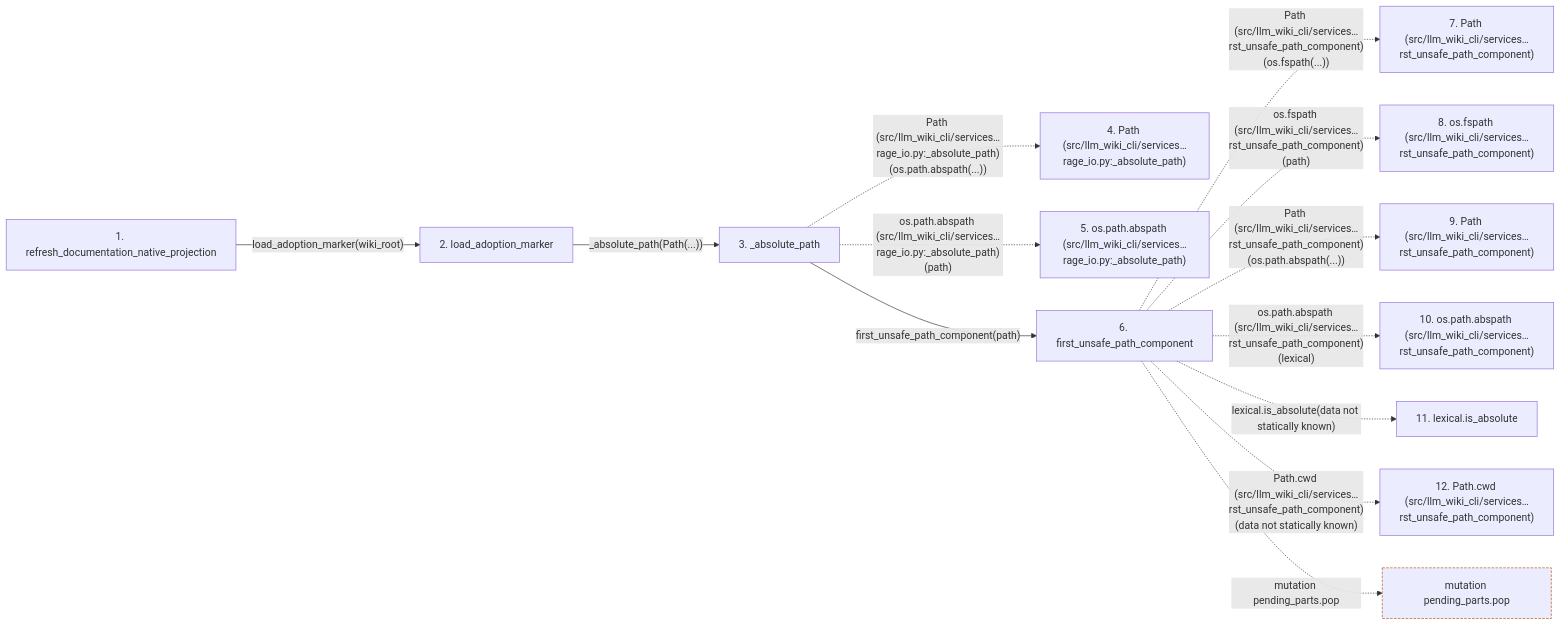
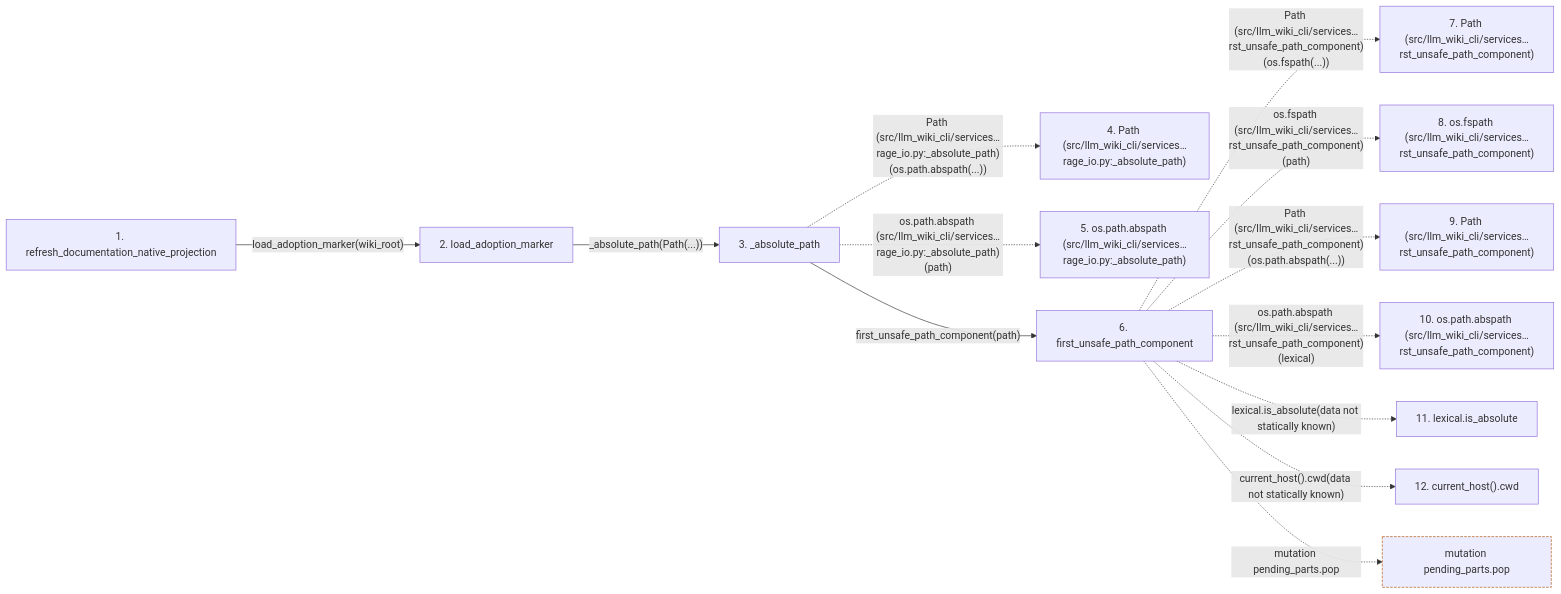
One commit to Denissvgn/python-wiki-llm changed the second of 2 diagrams in docs/llm_wiki/flows/api-refresh_documentation_native_projection.md. Above: the diagram before and after it, drawn with Mermaid. The commit also changed other lines of this file and 1555 other files, not shown here.

````diff
--- a/docs/llm_wiki/flows/api-refresh_documentation_native_projection.md
+++ b/docs/llm_wiki/flows/api-refresh_documentation_native_projection.md
@@ -207,34 +212,34 @@
 ```mermaid
 flowchart LR
     s1["1. refresh_documentation_native_projection"]
     s2["2. load_adoption_marker"]
     s3["3. _absolute_path"]
     s4["4. Path (src/llm_wiki_cli/services…rage_io.py:_absolute_path)"]
     s5["5. os.path.abspath (src/llm_wiki_cli/services…rage_io.py:_absolute_path)"]
     s6["6. first_unsafe_path_component"]
     s7["7. Path (src/llm_wiki_cli/services…rst_unsafe_path_component)"]
     s8["8. os.fspath (src/llm_wiki_cli/services…rst_unsafe_path_component)"]
     s9["9. Path (src/llm_wiki_cli/services…rst_unsafe_path_component)"]
     s10["10. os.path.abspath (src/llm_wiki_cli/services…rst_unsafe_path_component)"]
     s11["11. lexical.is_absolute"]
-    s12["12. Path.cwd (src/llm_wiki_cli/services…rst_unsafe_path_component)"]
+    s12["12. current_host().cwd"]
     s1 -->|"load_adoption_marker(wiki_root)"| s2
     s2 -->|"_absolute_path(Path(...))"| s3
     s3 -. "Path (src/llm_wiki_cli/services…rage_io.py:_absolute_path)(os.path.abspath(...))" .-> s4
     s3 -. "os.path.abspath (src/llm_wiki_cli/services…rage_io.py:_absolute_path)(path)" .-> s5
     s3 -->|"first_unsafe_path_component(path)"| s6
     s6 -. "Path (src/llm_wiki_cli/services…rst_unsafe_path_component)(os.fspath(...))" .-> s7
     s6 -. "os.fspath (src/llm_wiki_cli/services…rst_unsafe_path_component)(path)" .-> s8
     s6 -. "Path (src/llm_wiki_cli/services…rst_unsafe_path_component)(os.path.abspath(...))" .-> s9
     s6 -. "os.path.abspath (src/llm_wiki_cli/services…rst_unsafe_path_component)(lexical)" .-> s10
     s6 -. "lexical.is_absolute(data not statically known)" .-> s11
-    s6 -. "Path.cwd (src/llm_wiki_cli/services…rst_unsafe_path_component)(data not statically known)" .-> s12
+    s6 -. "current_host().cwd(data not statically known)" .-> s12
     b0["mutation pending_parts.pop"]
     s6 -. "mutation pending_parts.pop" .-> b0
     click s1 "../modules/documentation_native.md"
     click s2 "../modules/maintenance_protocol.md"
     click s3 "../modules/knowledge_storage_io.md"
     click s6 "../modules/io.md"
     classDef boundary stroke:#b45309,stroke-dasharray: 4 2
     class b0 boundary
 ```
````
